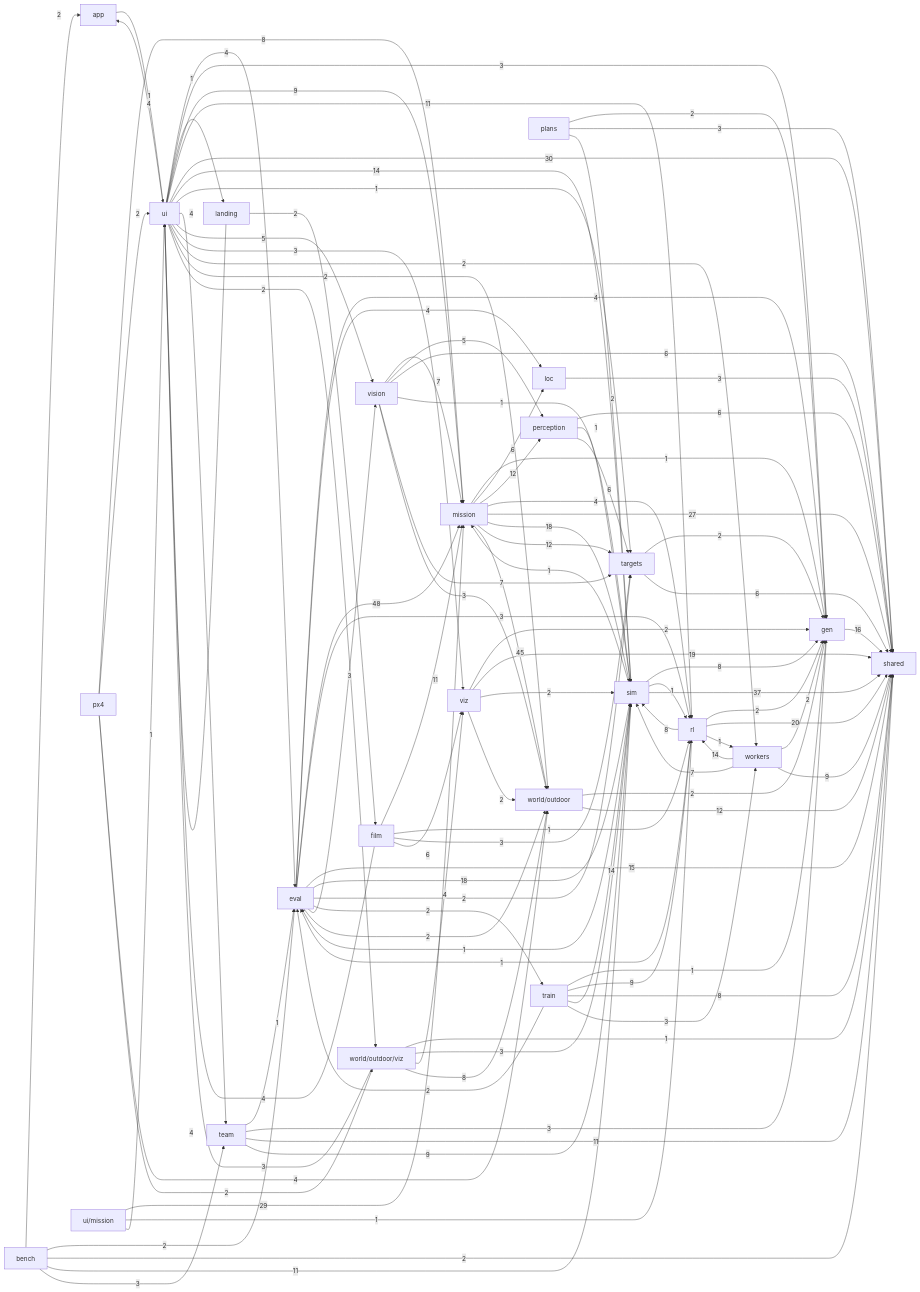
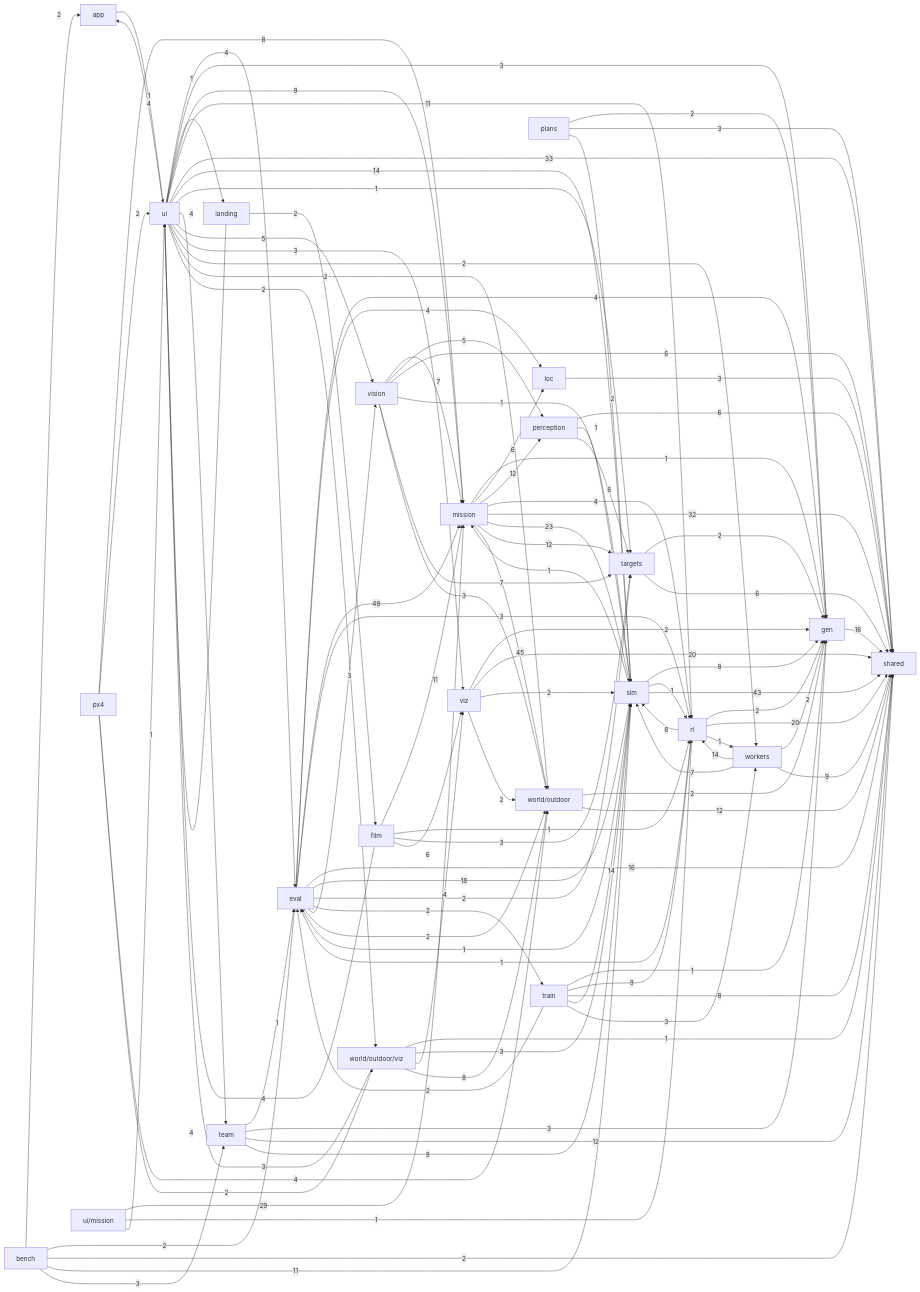
The second of 2 diagrams in docs/ARCHITECTURE.md (alexnieves-cs/frontier-fly), drawn with Mermaid before and after one commit. The commit also changed other lines of this file and 22 other files, not shown here.

```diff
--- a/docs/ARCHITECTURE.md
+++ b/docs/ARCHITECTURE.md
@@ -110,7 +110,7 @@
   eval -->|4| loc
   eval -->|48| mission
   eval -->|3| rl
-  eval -->|15| shared
+  eval -->|16| shared
   eval -->|18| sim
   eval -->|2| targets
   eval -->|2| train
@@ -129,8 +129,8 @@
   mission -->|6| loc
   mission -->|12| perception
   mission -->|4| rl
-  mission -->|27| shared
-  mission -->|18| sim
+  mission -->|32| shared
+  mission -->|23| sim
   mission -->|12| targets
   mission -->|45| world_outdoor
   perception -->|6| shared
@@ -152,12 +152,12 @@
   sim -->|8| gen
   sim -->|1| mission
   sim -->|1| rl
-  sim -->|37| shared
+  sim -->|43| shared
   targets -->|2| gen
   targets -->|6| shared
   team -->|1| eval
   team -->|3| gen
-  team -->|11| shared
+  team -->|12| shared
   team -->|9| sim
   train -->|2| eval
   train -->|1| gen
@@ -174,7 +174,7 @@
   ui -->|1| landing
   ui -->|9| mission
   ui -->|11| rl
-  ui -->|30| shared
+  ui -->|33| shared
   ui -->|14| sim
   ui -->|1| targets
   ui -->|4| team
@@ -190,7 +190,7 @@
   vision -->|7| targets
   vision -->|3| world_outdoor
   viz -->|2| gen
-  viz -->|19| shared
+  viz -->|20| shared
   viz -->|2| sim
   viz -->|2| world_outdoor
   workers -->|2| gen
```
